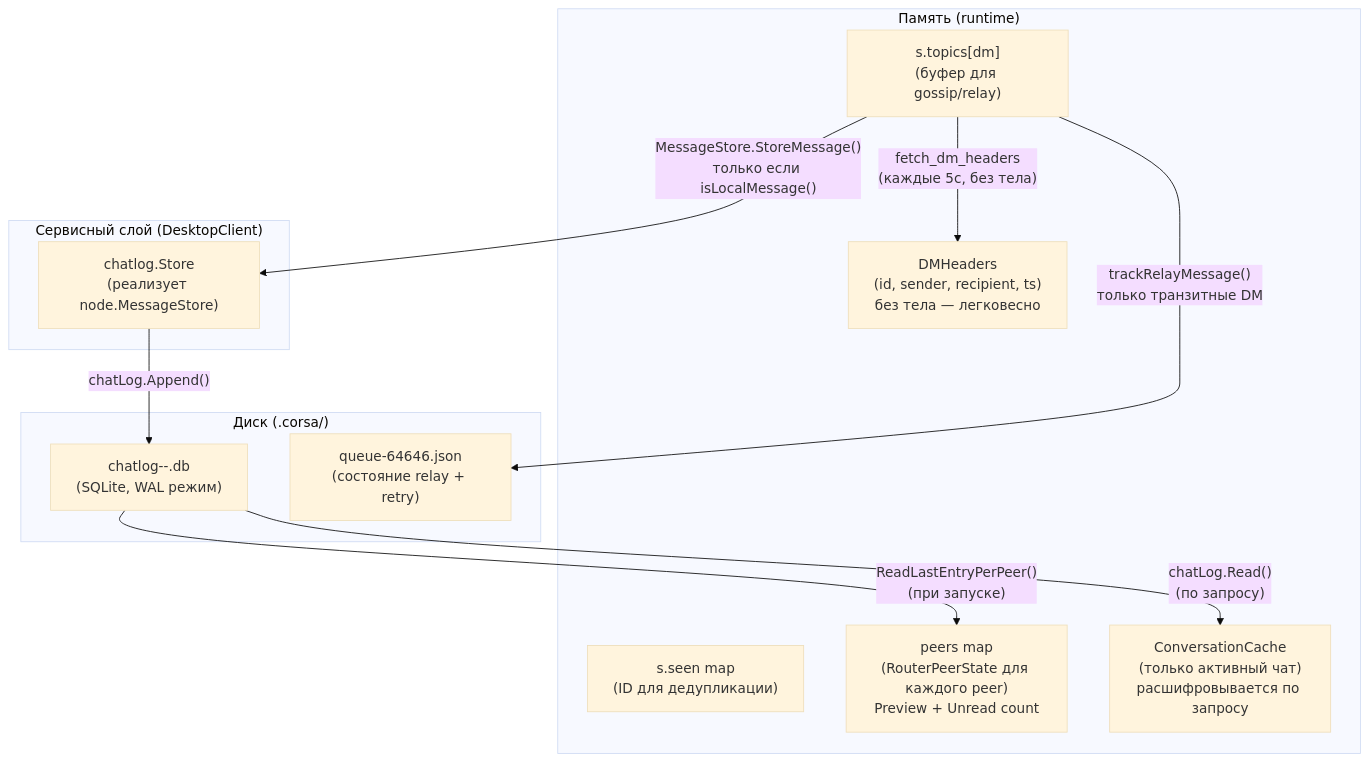
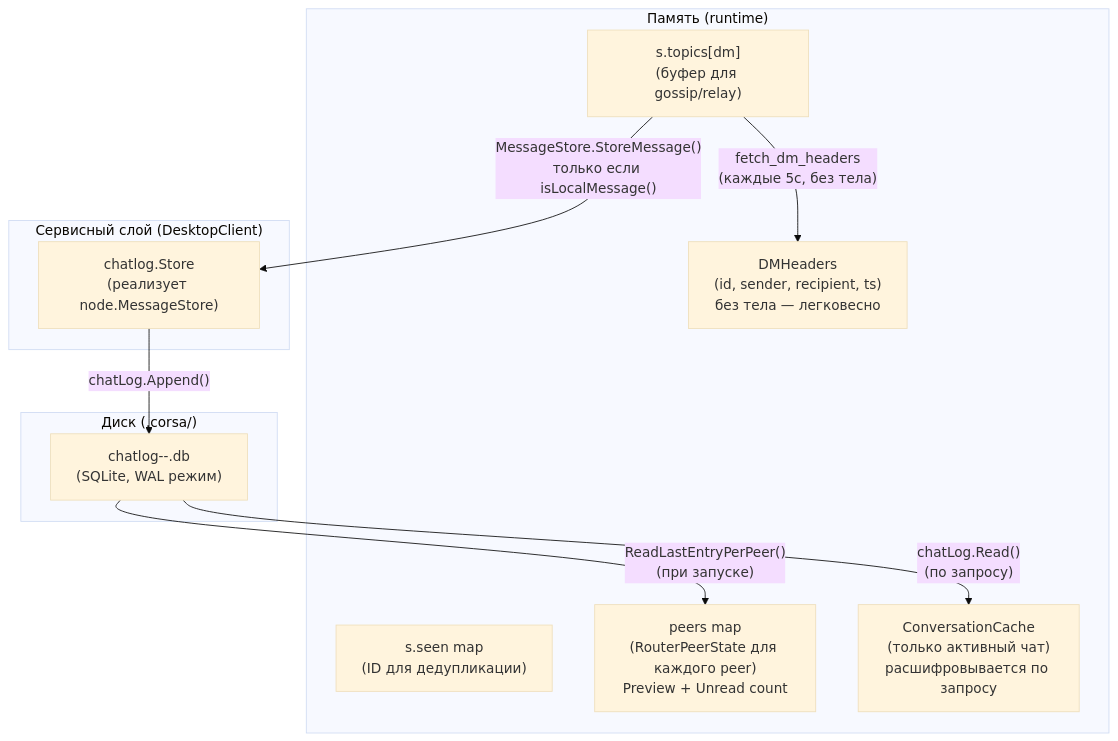
One commit to piratecash/corsa changed the ninth of 16 diagrams in docs/chatlog.md. Above: the diagram before and after it, drawn with Mermaid (base theme). The commit also changed other lines of this file and 67 other files, not shown here.

````diff
--- a/docs/chatlog.md
+++ b/docs/chatlog.md
@@ -786,26 +776,24 @@
 ```mermaid
 flowchart TB
     subgraph MEMORY["Память (runtime)"]
         TOPICS["s.topics[dm]\n(буфер для gossip/relay)"]
         SEEN["s.seen map\n(ID для дедупликации)"]
         HEADERS["DMHeaders\n(id, sender, recipient, ts)\nбез тела — легковесно"]
         PEERS["peers map\n(RouterPeerState для каждого peer)\nPreview + Unread count"]
         CACHE["ConversationCache\n(только активный чат)\nрасшифровывается по запросу"]
     end
 
     subgraph SVC["Сервисный слой (DesktopClient)"]
         CHATLOG["chatlog.Store\n(реализует node.MessageStore)"]
     end
 
     subgraph DISK["Диск (.corsa/)"]
         DB["chatlog-<identity_short>-<port>.db\n(SQLite, WAL режим)"]
-        QUEUE["queue-64646.json\n(состояние relay + retry)"]
     end
 
     TOPICS -->|"MessageStore.StoreMessage()\nтолько если isLocalMessage()"| CHATLOG
     CHATLOG -->|"chatLog.Append()"| DB
-    TOPICS -->|"trackRelayMessage()\nтолько транзитные DM"| QUEUE
     DB -->|"chatLog.Read()\n(по запросу)"| CACHE
     DB -->|"ReadLastEntryPerPeer()\n(при запуске)"| PEERS
     TOPICS -->|"fetch_dm_headers\n(каждые 5с, без тела)"| HEADERS
 ```
````
